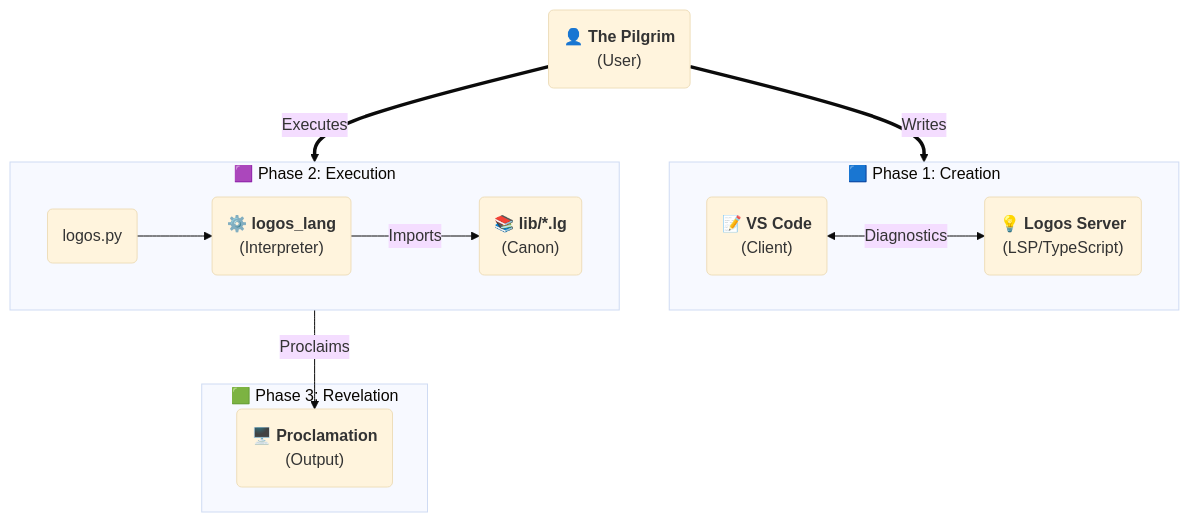
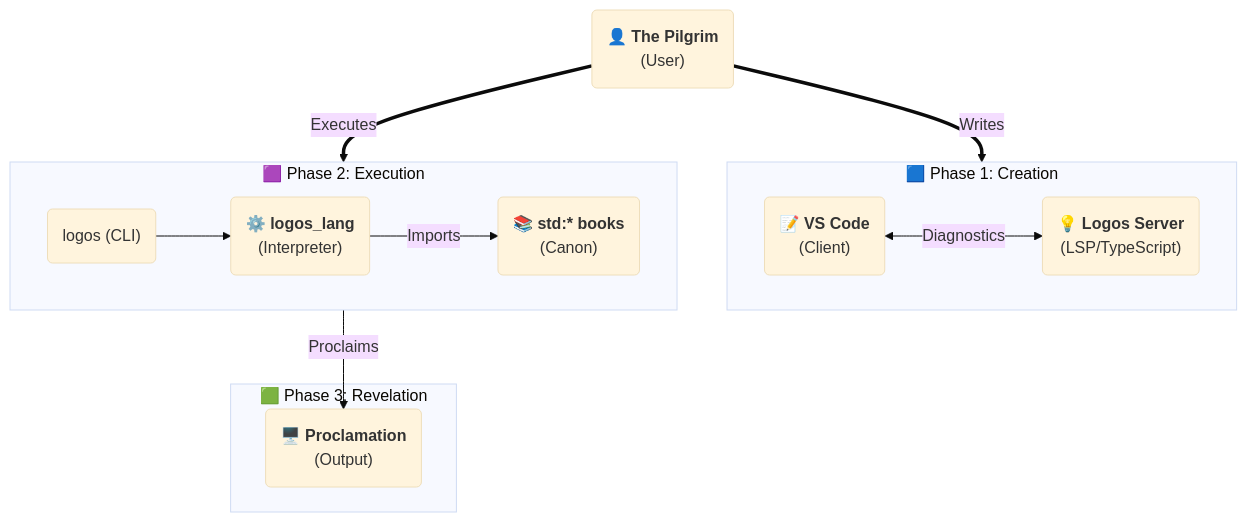
One commit to NikaNats/Logos changed the diagram in README.md. Above: the diagram before and after it, drawn with Mermaid (base theme). The commit also changed other lines of this file and 17 other files, not shown here.

````diff
--- a/README.md
+++ b/README.md
@@ -292,28 +293,28 @@
 ```mermaid
 graph TD
     User("👤 <b>The Pilgrim</b><br/>(User)")
 
     subgraph Stage1 ["🟦 Phase 1: Creation"]
         direction LR
         Editor("📝 <b>VS Code</b><br/>(Client)")
         LSP("💡 <b>Logos Server</b><br/>(LSP/TypeScript)")
     end
 
     subgraph Stage2 ["🟪 Phase 2: Execution"]
         direction LR
-        CLI("logos.py")
+        CLI("logos (CLI)")
         Core("⚙️ <b>logos_lang</b><br/>(Interpreter)")
-        Lib("📚 <b>lib/*.lg</b><br/>(Canon)")
+        Lib("📚 <b>std:* books</b><br/>(Canon)")
     end
 
     subgraph Stage3 ["🟩 Phase 3: Revelation"]
         Console("🖥️ <b>Proclamation</b><br/>(Output)")
     end
 
     User ==>|Writes| Editor
     Editor <-->|Diagnostics| LSP
     User ==>|Executes| CLI
     CLI --> Core
     Core -->|Imports| Lib
     Core -->|Proclaims| Console
 ```
````
